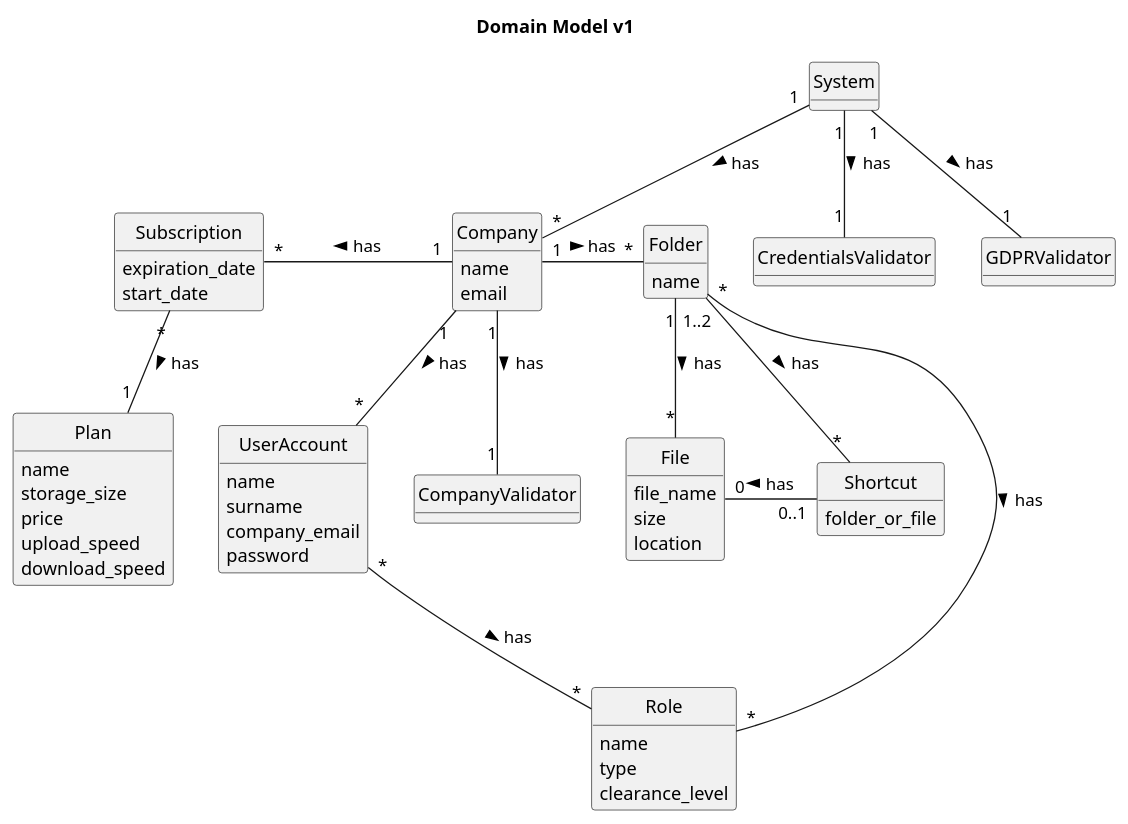
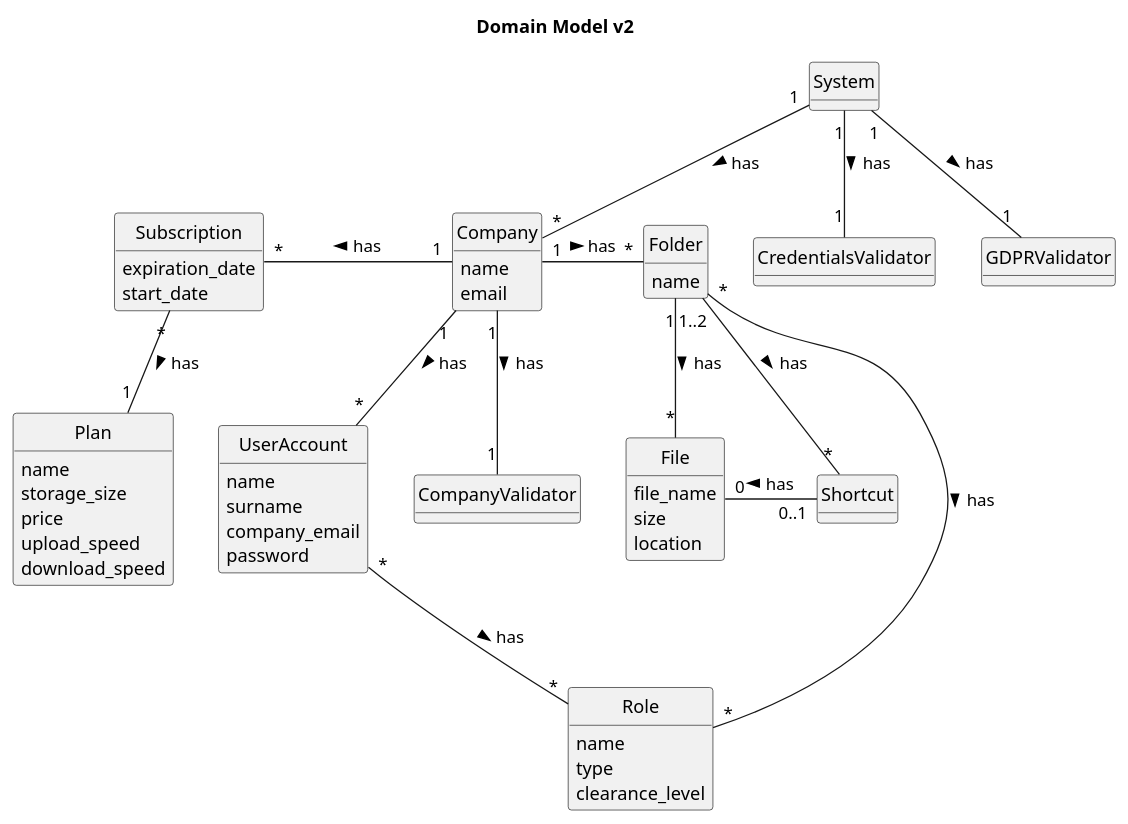
The diagram in sys2024/docs/UML/Domainmodels/iteration2.puml (SirRolin/SYS2024), drawn with PlantUML before and after one commit. The commit also changed 1 other file, not shown here.

Commit message:
version update af domain model

```diff
--- a/sys2024/docs/UML/Domainmodels/iteration2.puml
+++ b/sys2024/docs/UML/Domainmodels/iteration2.puml
@@ -1,76 +1,76 @@
 @startuml
 'https://plantuml.com/class-diagram
-Title Domain Model v1
+Title Domain Model v2
 hide circle
 hide methods
 
 class CredentialsValidator{
 
 }
 class GDPRValidator{
 
 }
 class CompanyValidator{
 
 }
 class Company{
     name
     email
 }
 class System{
 
 }
 class Subscription{
     expiration_date
     start_date
 }
 class Plan{
     name
     storage_size
     price
     upload_speed
     download_speed
 }
 
 class Role{
     name
     type
     clearance_level
 }
 
 class UserAccount {
     name
     surname
     company_email
     password
 }
 
 class Folder {
     name
 }
 
 class File {
     file_name
     size
     location
 }
 
 class Shortcut {
-    folder_or_file
+
 }
 
 Company "1" -left- "*" Subscription: has >
 Company "1" -down- "*" UserAccount: has >
 System "1" -down- "1" CredentialsValidator: has >
 System "1" -down- "1" GDPRValidator: has >
 Company "1" -down- "1" CompanyValidator: has >
 System "1" -down- "*" Company: has >
 UserAccount "*" -down- "*" Role: has >
 Subscription "*" -down- "1" Plan: has >
 Folder "1" -down- "*" File: has >
 Folder "1..2" -down- "*" Shortcut: has >
 File "0" -right- "0..1" Shortcut: has <
 Company "1" - "*" Folder: has >
 Folder "*" - "*" Role: has >
 
 @enduml
```
